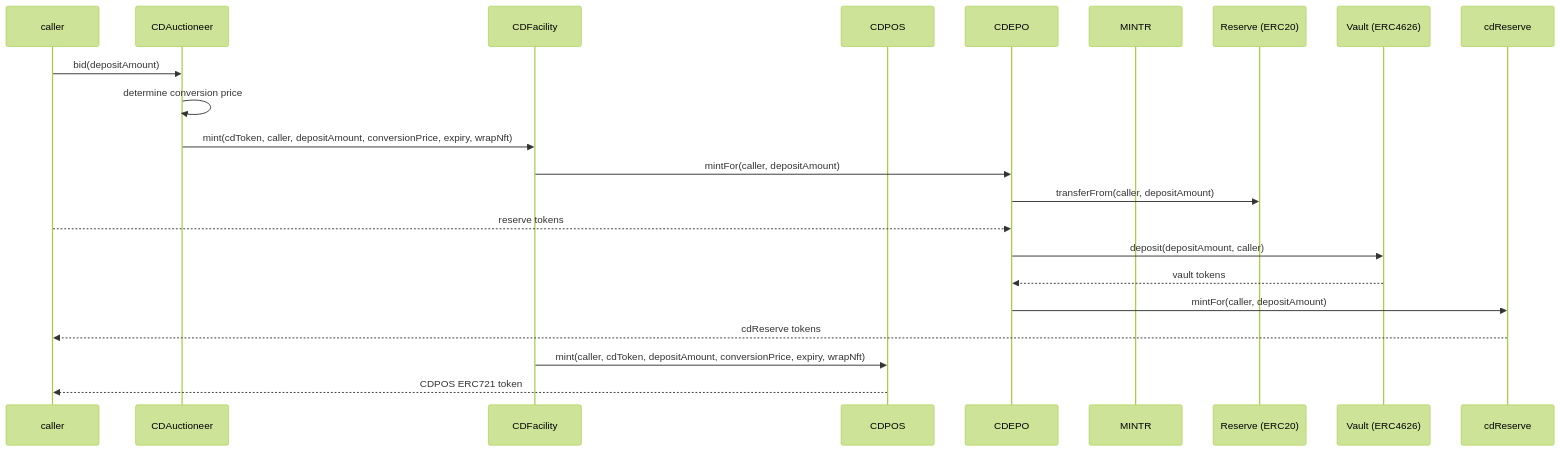
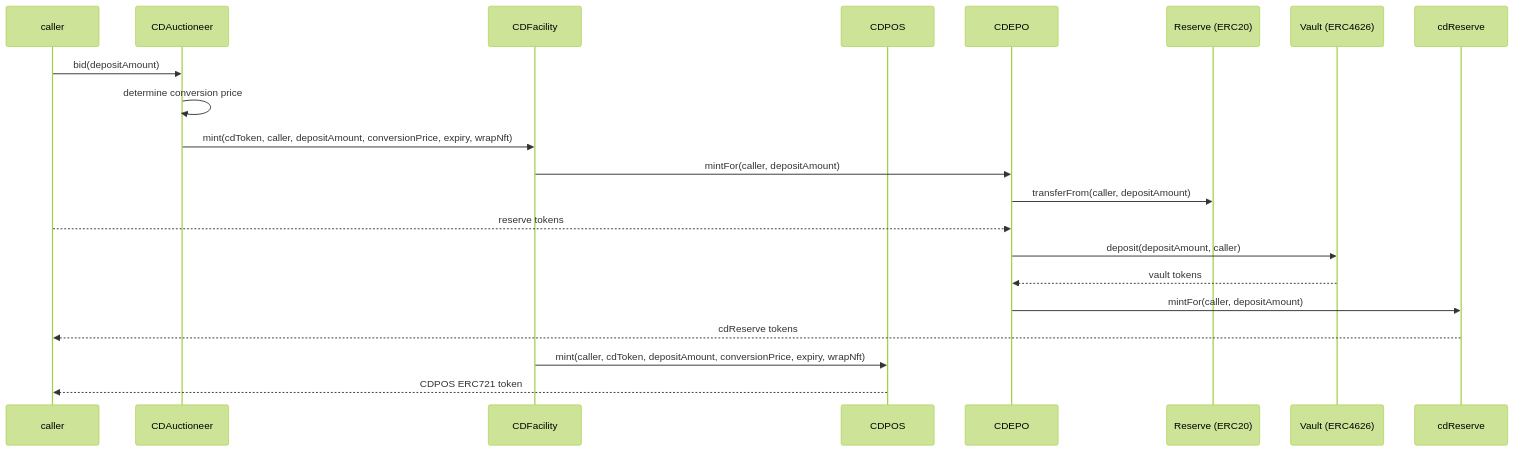
The third of 7 diagrams in audit/2025-01_convertible-deposits/README.md (OlympusDAO/olympus-v3), drawn with Mermaid (forest theme) before and after one commit.

Commit message:
Tweak to sequence diagram

````diff
--- a/audit/2025-01_convertible-deposits/README.md
+++ b/audit/2025-01_convertible-deposits/README.md
@@ -233,25 +233,24 @@
 ```mermaid
 sequenceDiagram
     participant caller
     participant CDAuctioneer
     participant CDFacility
     participant CDPOS
     participant CDEPO
-    participant MINTR
     participant ReserveToken as Reserve (ERC20)
     participant VaultToken as Vault (ERC4626)
     participant cdReserve
 
     caller->>CDAuctioneer: bid(depositAmount)
     CDAuctioneer->>CDAuctioneer: determine conversion price
     CDAuctioneer->>CDFacility: mint(cdToken, caller, depositAmount, conversionPrice, expiry, wrapNft)
     CDFacility->>CDEPO: mintFor(caller, depositAmount)
     CDEPO->>ReserveToken: transferFrom(caller, depositAmount)
     caller-->>CDEPO: reserve tokens
     CDEPO->>VaultToken: deposit(depositAmount, caller)
     VaultToken-->>CDEPO: vault tokens
     CDEPO->>cdReserve: mintFor(caller, depositAmount)
     cdReserve-->>caller: cdReserve tokens
     CDFacility->>CDPOS: mint(caller, cdToken, depositAmount, conversionPrice, expiry, wrapNft)
     CDPOS-->>caller: CDPOS ERC721 token
 ```
````
